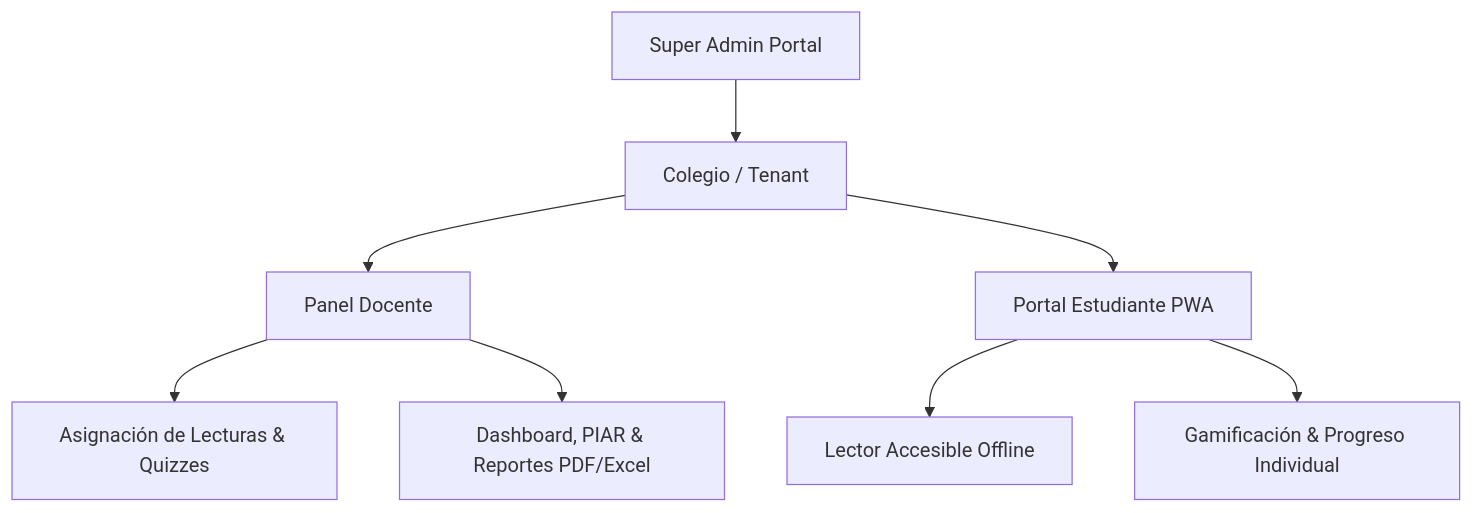
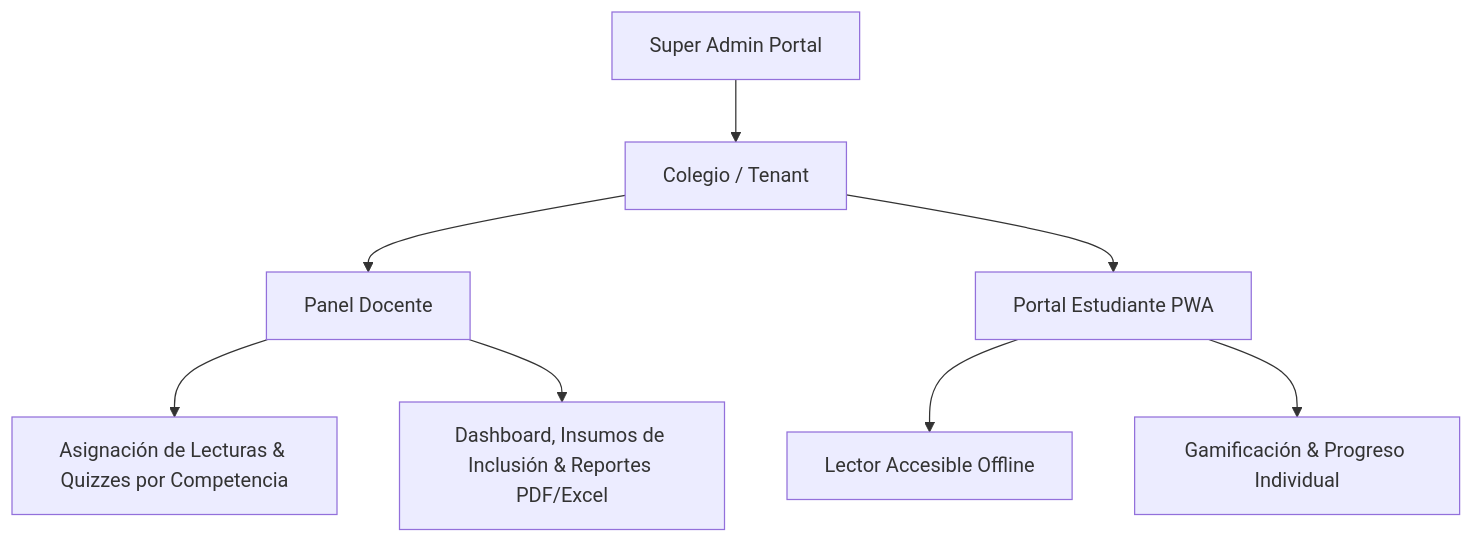
The diagram in PROJECT_SCOPE.md (JorgeCoy/aileer-lectura-accesible), drawn with Mermaid before and after one commit. The commit also changed other lines of this file, not shown here.

````diff
--- a/PROJECT_SCOPE.md
+++ b/PROJECT_SCOPE.md
@@ -47,10 +51,10 @@
 ```mermaid
 graph TD
     A[Super Admin Portal] --> B[Colegio / Tenant]
     B --> C[Panel Docente]
     B --> D[Portal Estudiante PWA]
-    C --> E[Asignación de Lecturas & Quizzes]
-    C --> F[Dashboard, PIAR & Reportes PDF/Excel]
+    C --> E[Asignación de Lecturas & Quizzes por Competencia]
+    C --> F[Dashboard, Insumos de Inclusión & Reportes PDF/Excel]
     D --> G[Lector Accesible Offline]
     D --> H[Gamificación & Progreso Individual]
 ```
````
